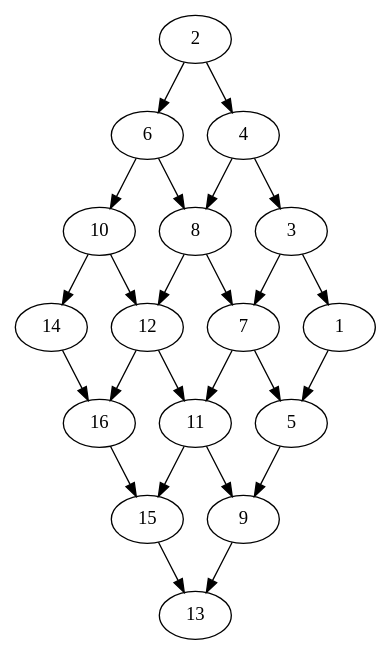
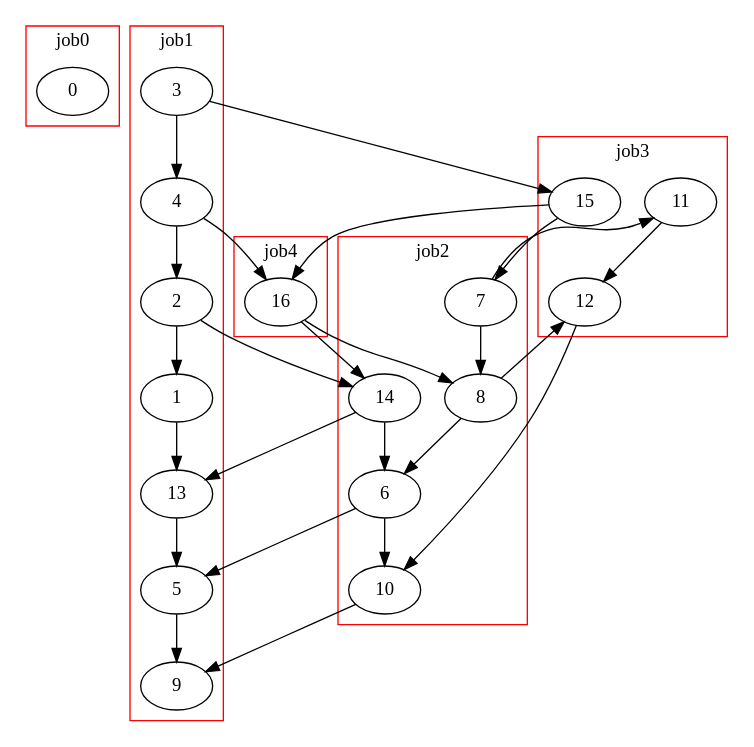
Before and after one commit to alexgmm/os-components: the diagram in g.gv, drawn with Graphviz. The commit also changed 6 other files, not shown here.

```diff
--- a/g.gv
+++ b/g.gv
@@ -1,1 +1,1 @@
-digraph G {2->6->10->14;4->8->12->16;3->7->11->15;1->5->9->13;2->4->3->1;6->8->7->5;10->12->11->9;14->16->15->13;}
+digraph G {subgraph cluster0{color=blue;0; label = "mach0";}subgraph cluster1{color=blue;1->13->5->9; label = "mach1";}subgraph cluster2{color=blue;2->14->6->10; label = "mach2";}subgraph cluster3{color=blue;3->15->7->11; label = "mach3";}subgraph cluster4{color=blue;4->16->8->12; label = "mach4";}subgraph cluster5{color=blue;0; label = "mach5";}subgraph cluster0{color=red;0; label = "job0";}subgraph cluster1{color=red;3->4->2->1; label = "job1";}subgraph cluster2{color=red;7->8->6->5; label = "job2";}subgraph cluster3{color=red;11->12->10->9; label = "job3";}subgraph cluster4{color=red;15->16->14->13; label = "job4";}subgraph cluster5{color=red;0; label = "job5";}}
```
